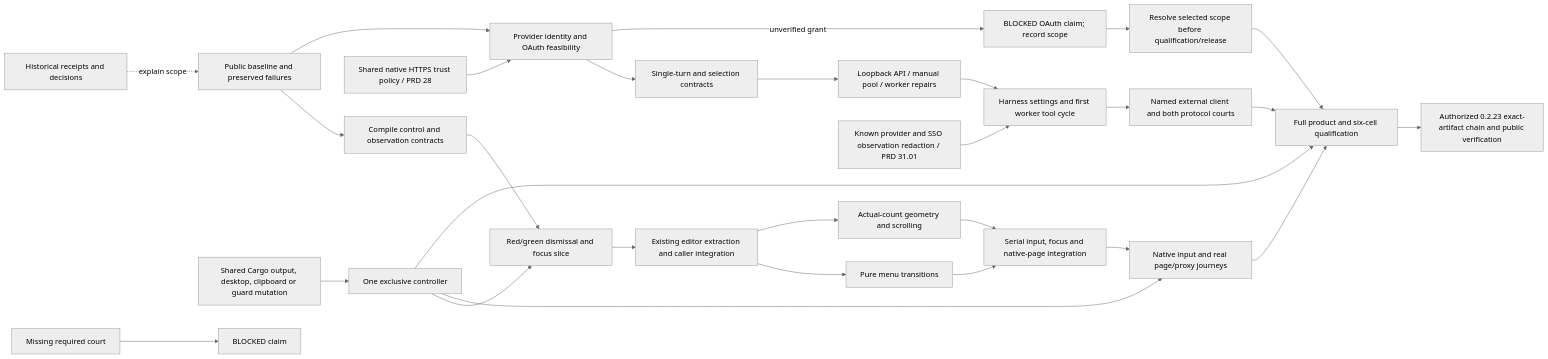
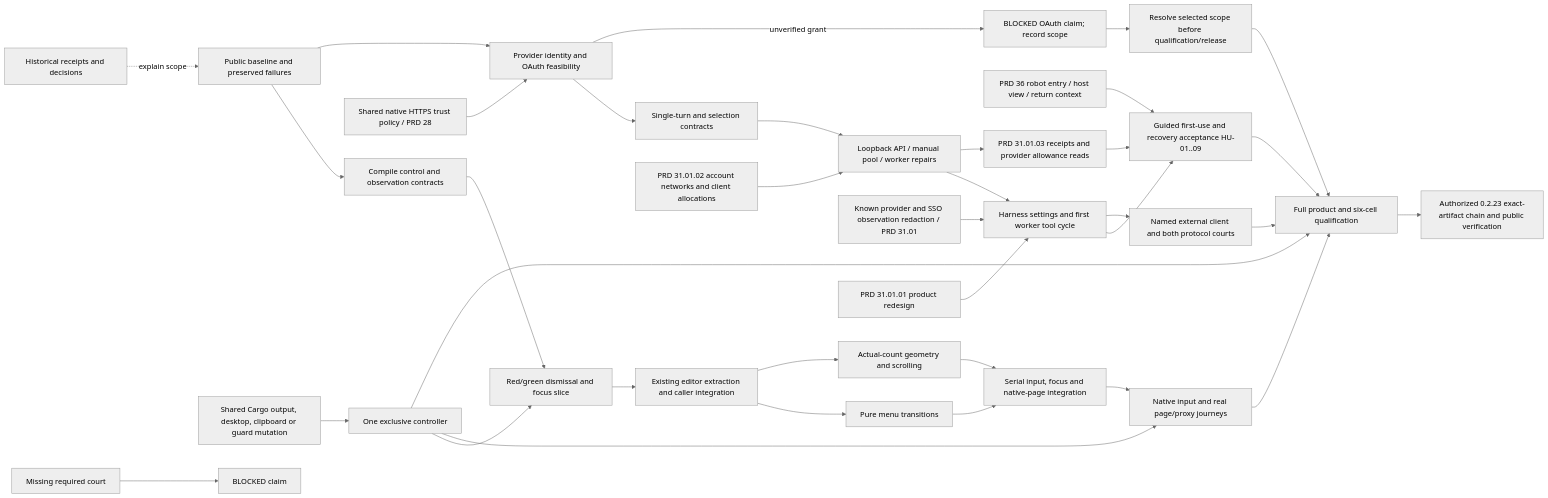
The diagram in plan/plan-v0.2.23.md (partnernetsoftware/minicon), drawn with Mermaid (neutral theme) before and after one commit. The commit also changed other lines of this file and 26 other files, not shown here.

Commit message:
feat: isolate gateway client profiles and plan workspace roadmap

````diff
--- a/plan/plan-v0.2.23.md
+++ b/plan/plan-v0.2.23.md
@@ -75,30 +111,37 @@
 ```mermaid
 flowchart LR
     B[Public baseline and preserved failures] --> C[Compile control and observation contracts]
     C --> D[Red/green dismissal and focus slice]
     D --> E[Existing editor extraction and caller integration]
     E --> M[Pure menu transitions]
     E --> L[Actual-count geometry and scrolling]
     B --> A[Provider identity and OAuth feasibility]
     TLS[Shared native HTTPS trust policy / PRD 28] --> A
     PRIV[Known provider and SSO observation redaction / PRD 31.01] --> HS
     A --> F[Single-turn and selection contracts]
     F --> G[Loopback API / manual pool / worker repairs]
     G --> HS[Harness settings and first worker tool cycle]
+    UX[PRD 31.01.01 product redesign] --> HS
+    H0[PRD 36 robot entry / host view / return context] --> UQ
+    POOL[PRD 31.01.02 account networks and client allocations] --> G
+    G --> MET[PRD 31.01.03 receipts and provider allowance reads]
+    MET --> UQ
+    HS --> UQ[Guided first-use and recovery acceptance HU-01..09]
     HS --> EC[Named external client and both protocol courts]
     A -->|unverified grant| AB[BLOCKED OAuth claim; record scope]
     M --> I[Serial input, focus and native-page integration]
     L --> I
     I --> N[Native input and real page/proxy journeys]
     N --> Q[Full product and six-cell qualification]
     EC --> Q
+    UQ --> Q
     AB --> RD[Resolve selected scope before qualification/release]
     RD --> Q
     Q --> R[Authorized 0.2.23 exact-artifact chain and public verification]
     S[Shared Cargo output, desktop, clipboard or guard mutation] --> O[One exclusive controller]
     O --> D
     O --> N
     O --> Q
     X[Missing required court] --> K[BLOCKED claim]
     H[Historical receipts and decisions] -. explain scope .-> B
 ```
````
